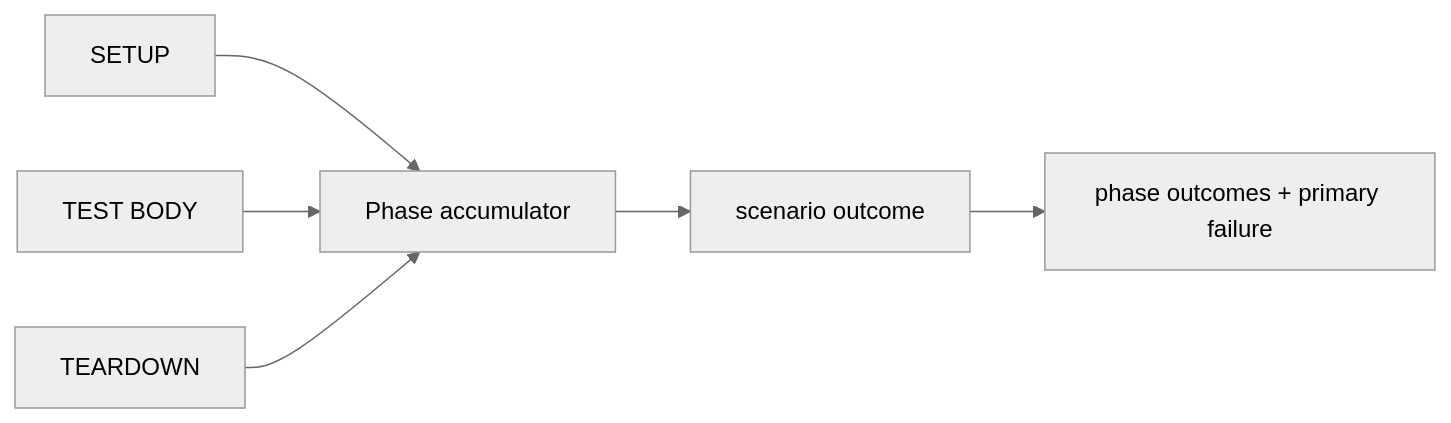
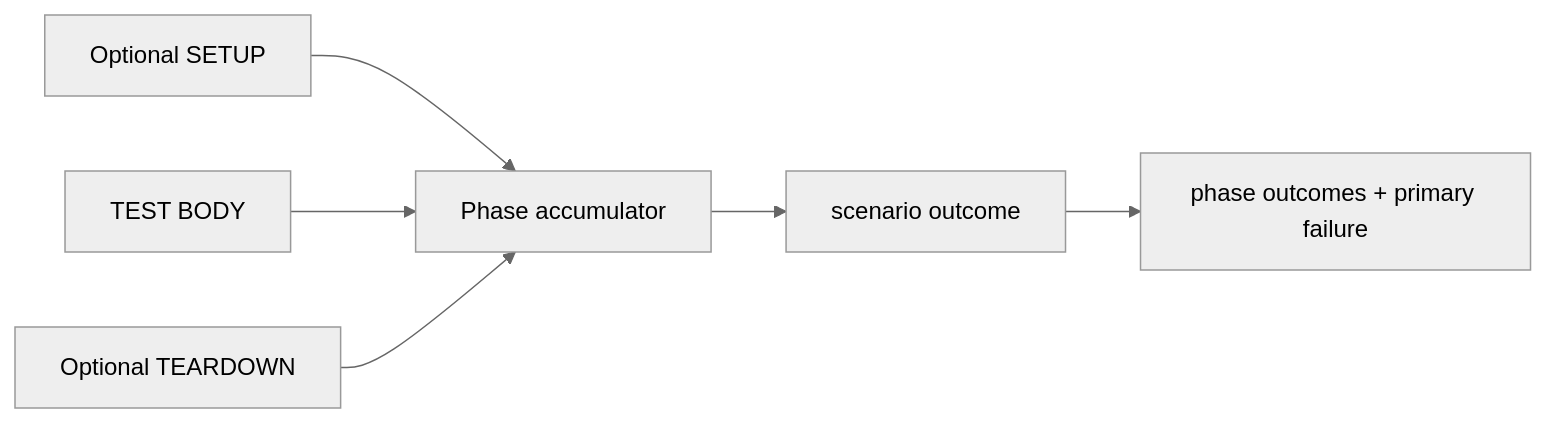
One commit to crististefanita/demo2 changed the fourth of 4 diagrams in README.md. Above: the diagram before and after it, drawn with Mermaid (neutral theme). The commit also changed other lines of this file and 48 other files, not shown here.

````diff
--- a/README.md
+++ b/README.md
@@ -235,8 +308,8 @@
 ```mermaid
 flowchart LR
-    Setup[SETUP] --> Acc[Phase accumulator]
+    Setup[Optional SETUP] --> Acc[Phase accumulator]
     Body[TEST BODY] --> Acc
-    Teardown[TEARDOWN] --> Acc
+    Teardown[Optional TEARDOWN] --> Acc
     Acc --> Outcome[scenario outcome]
     Outcome --> Evidence[phase outcomes + primary failure]
 ```
````
